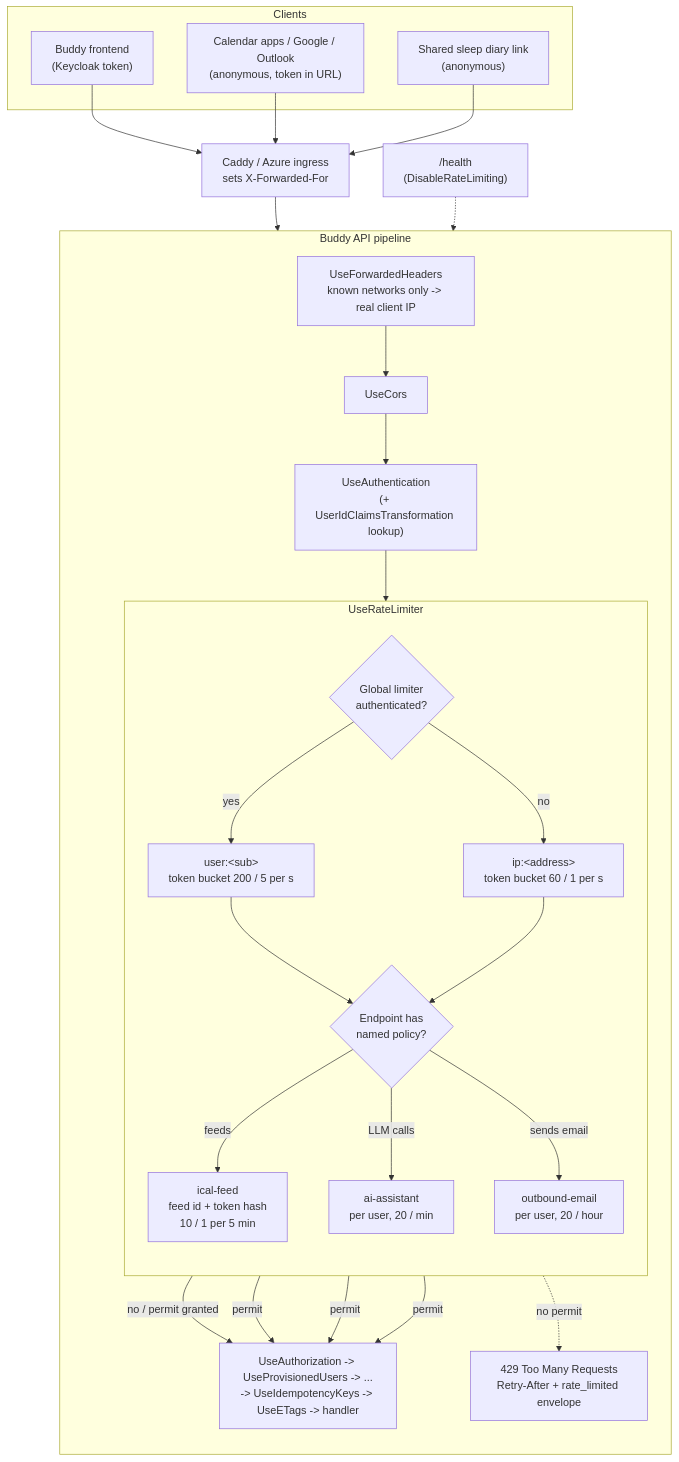
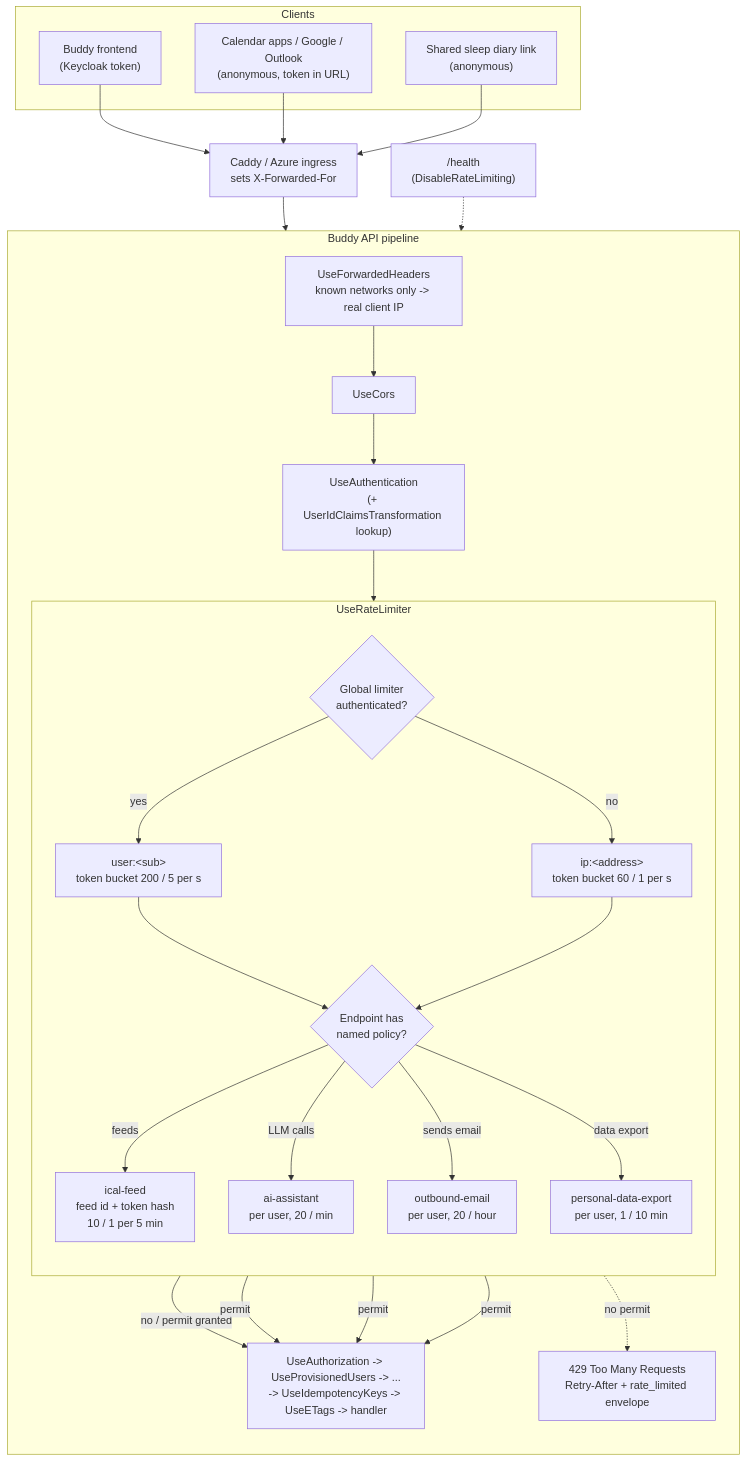
The diagram in docs/backend/analysis/rate-limiting.md (kimipsen/buddy), drawn with Mermaid before and after one commit. The commit also changed other lines of this file and 62 other files, not shown here.

First line of the commit message:
feat: implement personal data export functionality across multiple features

````diff
--- a/docs/backend/analysis/rate-limiting.md
+++ b/docs/backend/analysis/rate-limiting.md
@@ -470,49 +478,51 @@
 ```mermaid
 flowchart TB
     subgraph Clients["Clients"]
         App["Buddy frontend\n(Keycloak token)"]
         CalApp["Calendar apps / Google / Outlook\n(anonymous, token in URL)"]
         Shared["Shared sleep diary link\n(anonymous)"]
     end
 
     Proxy["Caddy / Azure ingress\nsets X-Forwarded-For"]
 
     subgraph Api["Buddy API pipeline"]
         direction TB
         Fwd["UseForwardedHeaders\nknown networks only -> real client IP"]
         Cors["UseCors"]
         AuthN["UseAuthentication\n(+ UserIdClaimsTransformation lookup)"]
         subgraph Limiter["UseRateLimiter"]
             direction TB
             Global{"Global limiter\nauthenticated?"}
             UserBucket["user:&lt;sub&gt;\ntoken bucket 200 / 5 per s"]
             IpBucket["ip:&lt;address&gt;\ntoken bucket 60 / 1 per s"]
             Named{"Endpoint has\nnamed policy?"}
             Ical["ical-feed\nfeed id + token hash\n10 / 1 per 5 min"]
             Ai["ai-assistant\nper user, 20 / min"]
             Mail["outbound-email\nper user, 20 / hour"]
+            Export["personal-data-export\nper user, 1 / 10 min"]
             Global -- "yes" --> UserBucket
             Global -- "no" --> IpBucket
             UserBucket --> Named
             IpBucket --> Named
             Named -- "feeds" --> Ical
             Named -- "LLM calls" --> Ai
             Named -- "sends email" --> Mail
+            Named -- "data export" --> Export
         end
         Rest["UseAuthorization -> UseProvisionedUsers -> ...\n-> UseIdempotencyKeys -> UseETags -> handler"]
         Reject["429 Too Many Requests\nRetry-After + rate_limited envelope"]
 
         Fwd --> Cors --> AuthN --> Global
         Named -- "no / permit granted" --> Rest
         Ical -- "permit" --> Rest
         Ai -- "permit" --> Rest
         Mail -- "permit" --> Rest
         Limiter -. "no permit" .-> Reject
     end
 
     App --> Proxy
     CalApp --> Proxy
     Shared --> Proxy
     Proxy --> Fwd
     Health["/health\n(DisableRateLimiting)"] -.-> Rest
 ```
````
